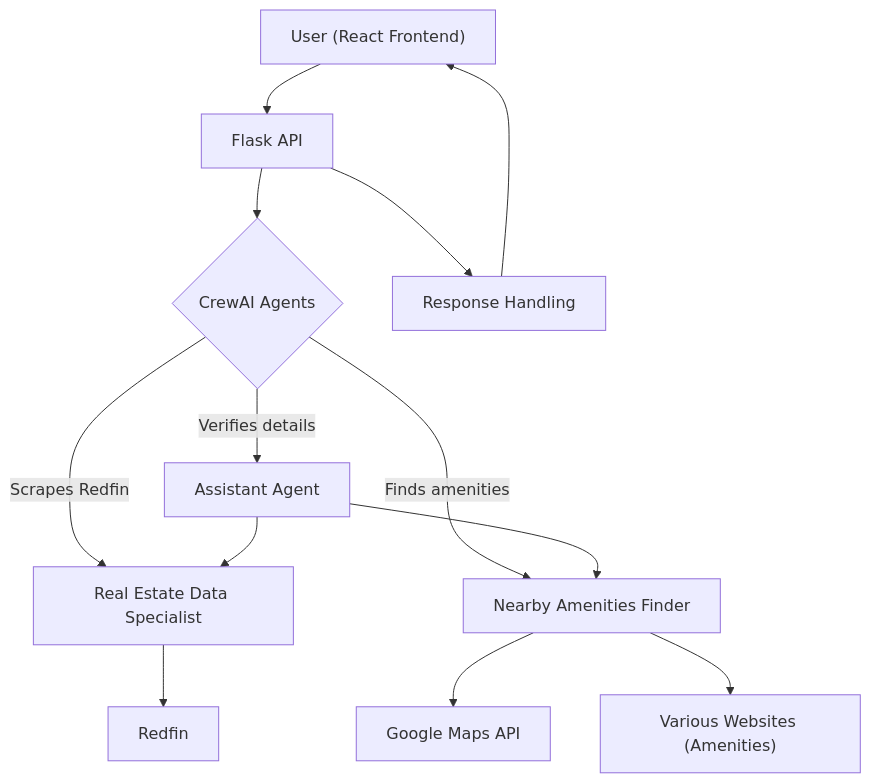
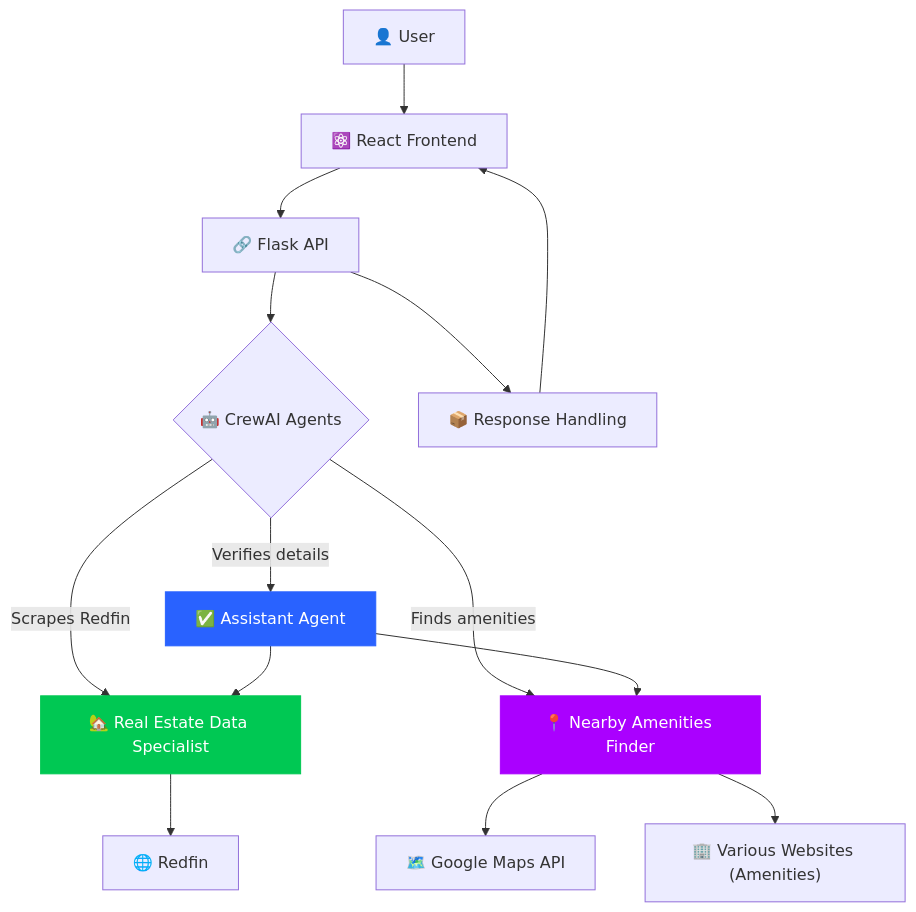
The diagram in README.md (Divyasri6/AI_agents_for_-house_search), drawn with Mermaid before and after one commit.

````diff
--- a/README.md
+++ b/README.md
@@ -17,12 +17,18 @@
 ```mermaid
 flowchart TD
-    A["User (React Frontend)"] --> B["Flask API"]
-    B --> C{"CrewAI Agents"}
-    C -->|Scrapes Redfin| D["Real Estate Data Specialist"]
-    C -->|Finds amenities| E["Nearby Amenities Finder"]
-    C -->|Verifies details| F["Assistant Agent"]
-    D --> G["Redfin"]
-    E --> H["Google Maps API"] & I["Various Websites (Amenities)"]
-    F --> D & E
-    B --> J["Response Handling"] --> A
+   A["👤 User "] --> B["⚛️ React Frontend"] --> C["🔗 Flask API"]
+    C --> D{"🤖 CrewAI Agents"}
+    D -->|Scrapes Redfin| E["🏡 Real Estate Data Specialist"]
+    D -->|Finds amenities| F["📍 Nearby Amenities Finder"]
+    D -->|Verifies details| G["✅ Assistant Agent"]
+    
+    E --> H["🌐 Redfin"]
+    F --> I["🗺️ Google Maps API"] & J["🏢 Various Websites (Amenities)"]
+    
+    G --> E & F
+    C --> K["📦 Response Handling"] --> B
+
+    style F color:#FFFFFF, fill:#AA00FF, stroke:#AA00FF
+    style E color:#FFFFFF, stroke:#00C853, fill:#00C853
+    style G color:#FFFFFF, stroke:#2962FF, fill:#2962FF
 ```
````
